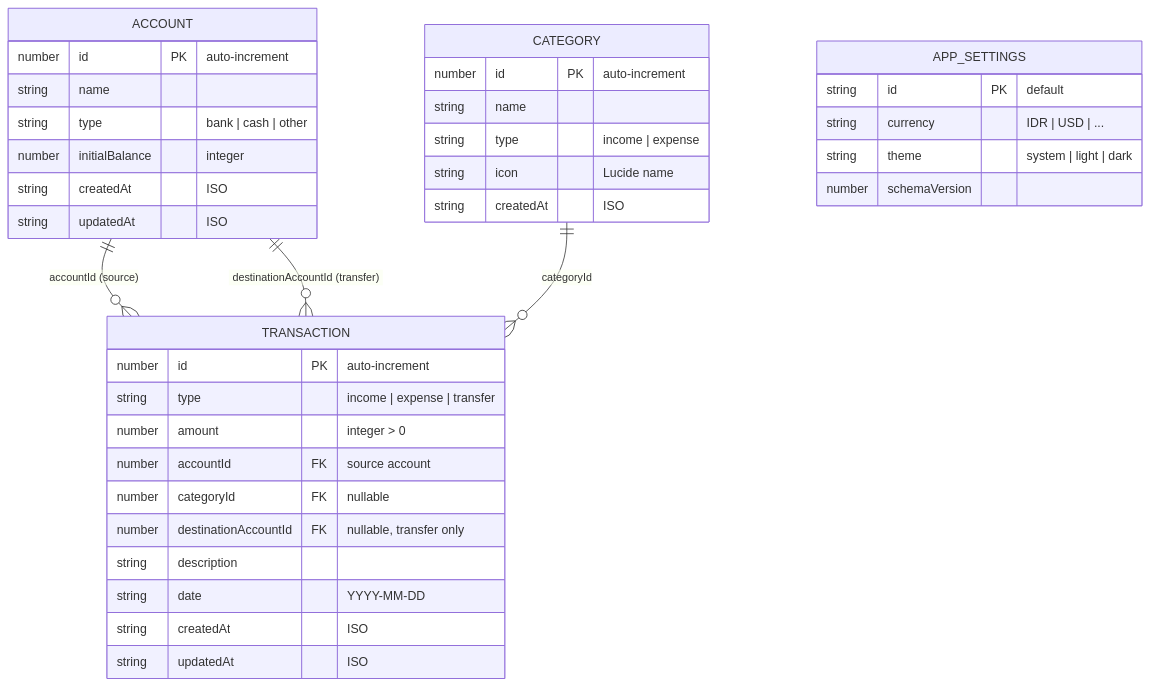
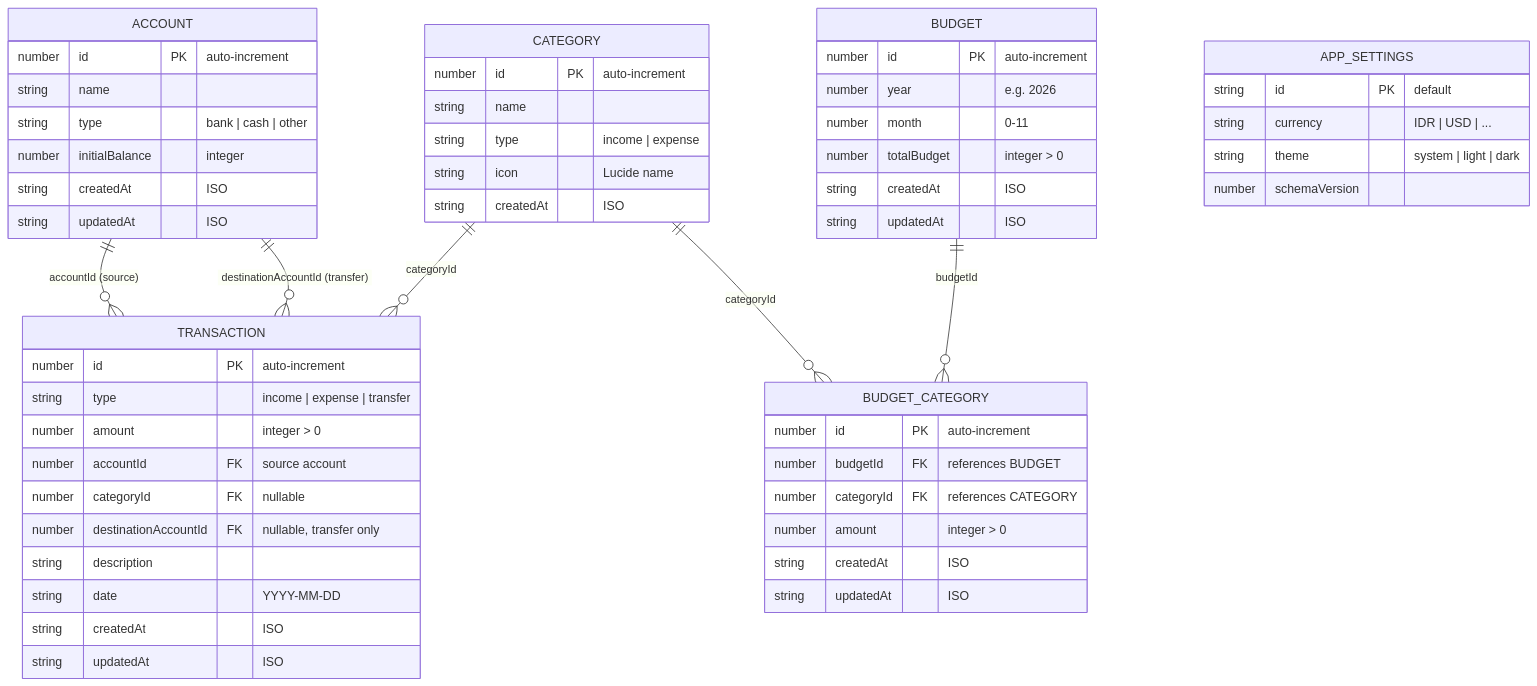
One commit to tosrv/montra changed the first of 2 diagrams in docs/ERD.md. Above: the diagram before and after it, drawn with Mermaid. The commit also changed other lines of this file and 14 other files, not shown here.

````diff
--- a/docs/ERD.md
+++ b/docs/ERD.md
@@ -17,43 +17,63 @@
 ```mermaid
 erDiagram
   ACCOUNT ||--o{ TRANSACTION : "accountId (source)"
   ACCOUNT ||--o{ TRANSACTION : "destinationAccountId (transfer)"
   CATEGORY ||--o{ TRANSACTION : "categoryId"
+  BUDGET ||--o{ BUDGET_CATEGORY : "budgetId"
+  CATEGORY ||--o{ BUDGET_CATEGORY : "categoryId"
 
   ACCOUNT {
     number id PK "auto-increment"
     string name
     string type "bank | cash | other"
     number initialBalance "integer"
     string createdAt "ISO"
     string updatedAt "ISO"
   }
 
   CATEGORY {
     number id PK "auto-increment"
     string name
     string type "income | expense"
     string icon "Lucide name"
     string createdAt "ISO"
   }
 
   TRANSACTION {
     number id PK "auto-increment"
     string type "income | expense | transfer"
     number amount "integer > 0"
     number accountId FK "source account"
     number categoryId FK "nullable"
     number destinationAccountId FK "nullable, transfer only"
     string description
     string date "YYYY-MM-DD"
     string createdAt "ISO"
     string updatedAt "ISO"
   }
 
+  BUDGET {
+    number id PK "auto-increment"
+    number year "e.g. 2026"
+    number month "0-11"
+    number totalBudget "integer > 0"
+    string createdAt "ISO"
+    string updatedAt "ISO"
+  }
+
+  BUDGET_CATEGORY {
+    number id PK "auto-increment"
+    number budgetId FK "references BUDGET"
+    number categoryId FK "references CATEGORY"
+    number amount "integer > 0"
+    string createdAt "ISO"
+    string updatedAt "ISO"
+  }
+
   APP_SETTINGS {
     string id PK "default"
     string currency "IDR | USD | ..."
     string theme "system | light | dark"
     number schemaVersion
   }
 ```
````
